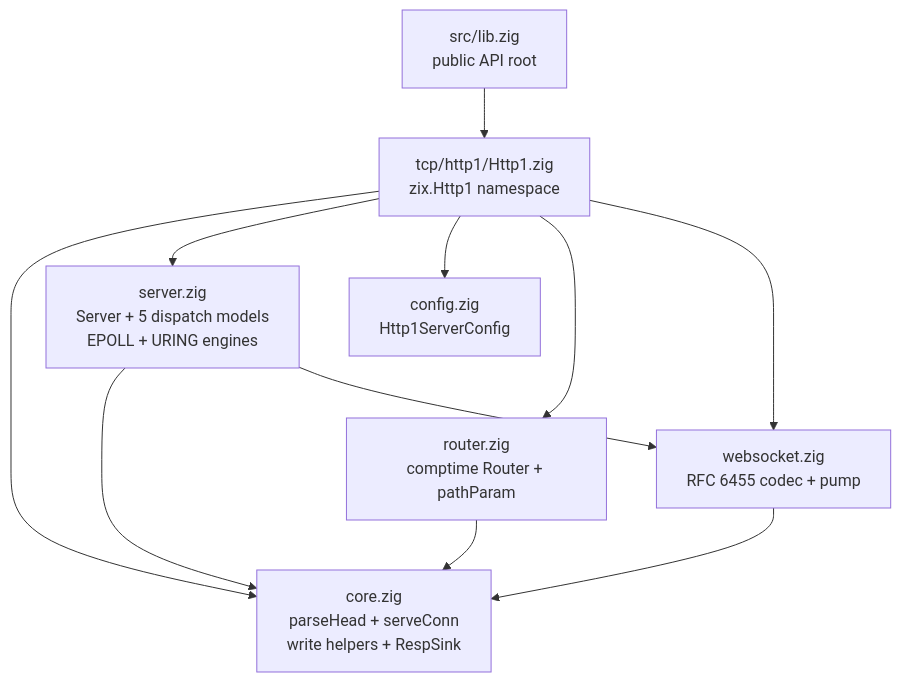
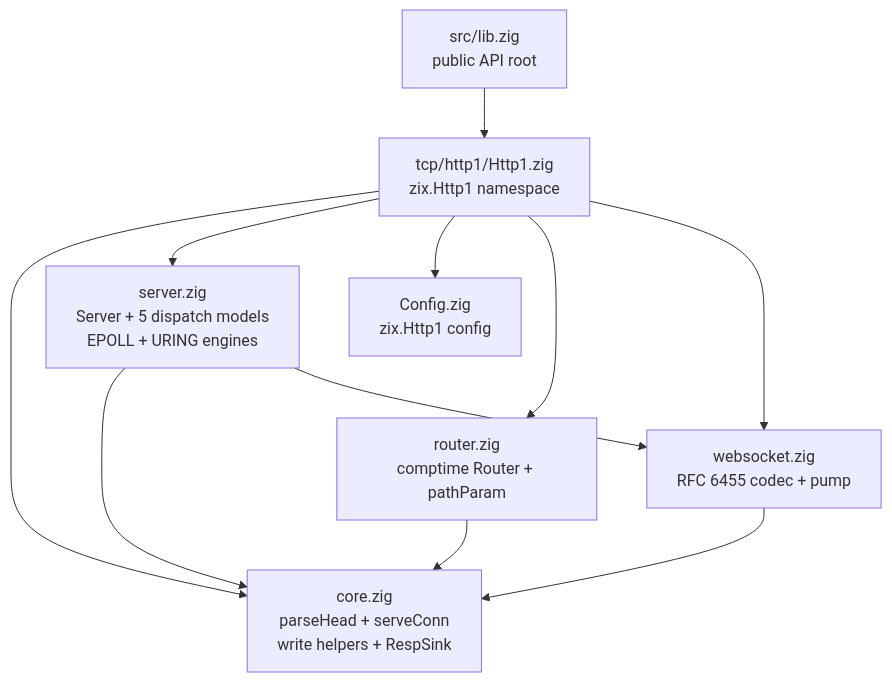
Before and after one commit to prothegee/zix: the third of 5 diagrams in docs/hld-http1-id.md, drawn with Mermaid. The commit also changed other lines of this file, not shown here.

First line of the commit message:
update the Http1 config docs

````diff
--- a/docs/hld-http1-id.md
+++ b/docs/hld-http1-id.md
@@ -72,15 +72,15 @@
 ```mermaid
 graph TD
     zix["src/lib.zig\npublic API root"] --> Http1["tcp/http1/Http1.zig\nzix.Http1 namespace"]
 
     Http1 --> core["core.zig\nparseHead + serveConn\nwrite helpers + RespSink"]
     Http1 --> server["server.zig\nServer + 5 dispatch models\nEPOLL + URING engines"]
-    Http1 --> config["config.zig\nHttp1ServerConfig"]
+    Http1 --> config["Config.zig\nzix.Http1 config"]
     Http1 --> router["router.zig\ncomptime Router + pathParam"]
     Http1 --> websocket["websocket.zig\nRFC 6455 codec + pump"]
 
     server --> core
     server --> websocket
     router --> core
     websocket --> core
 ```
````
